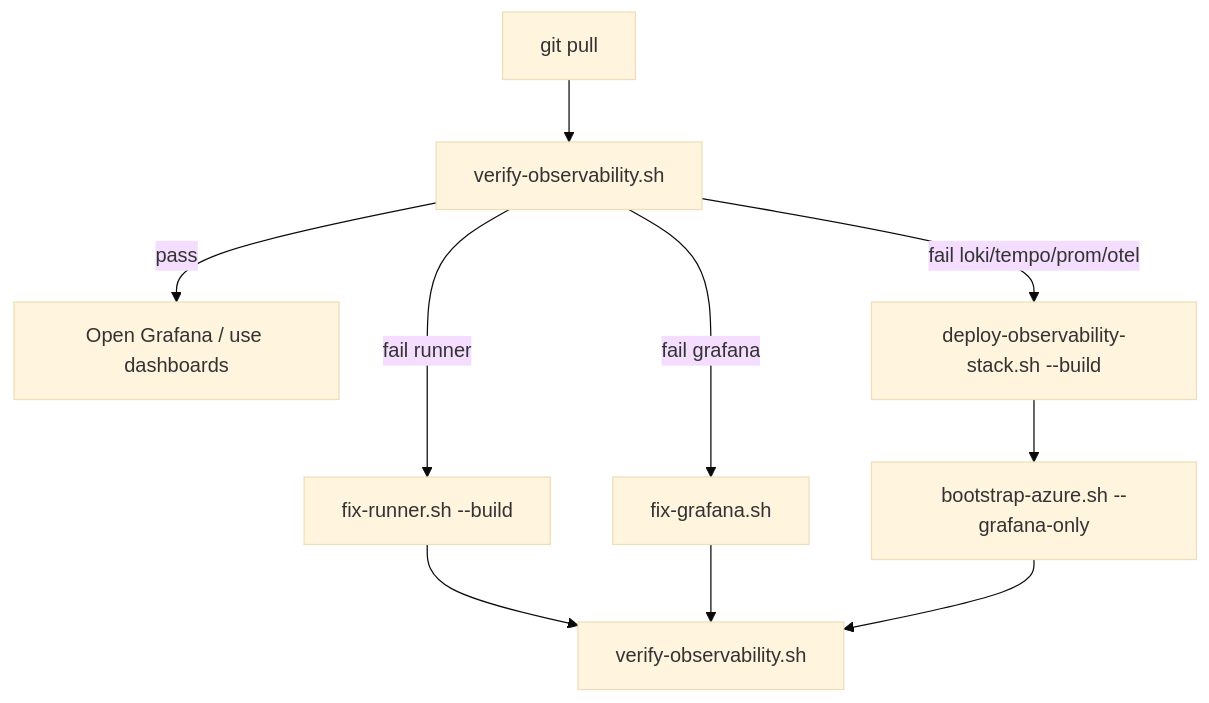
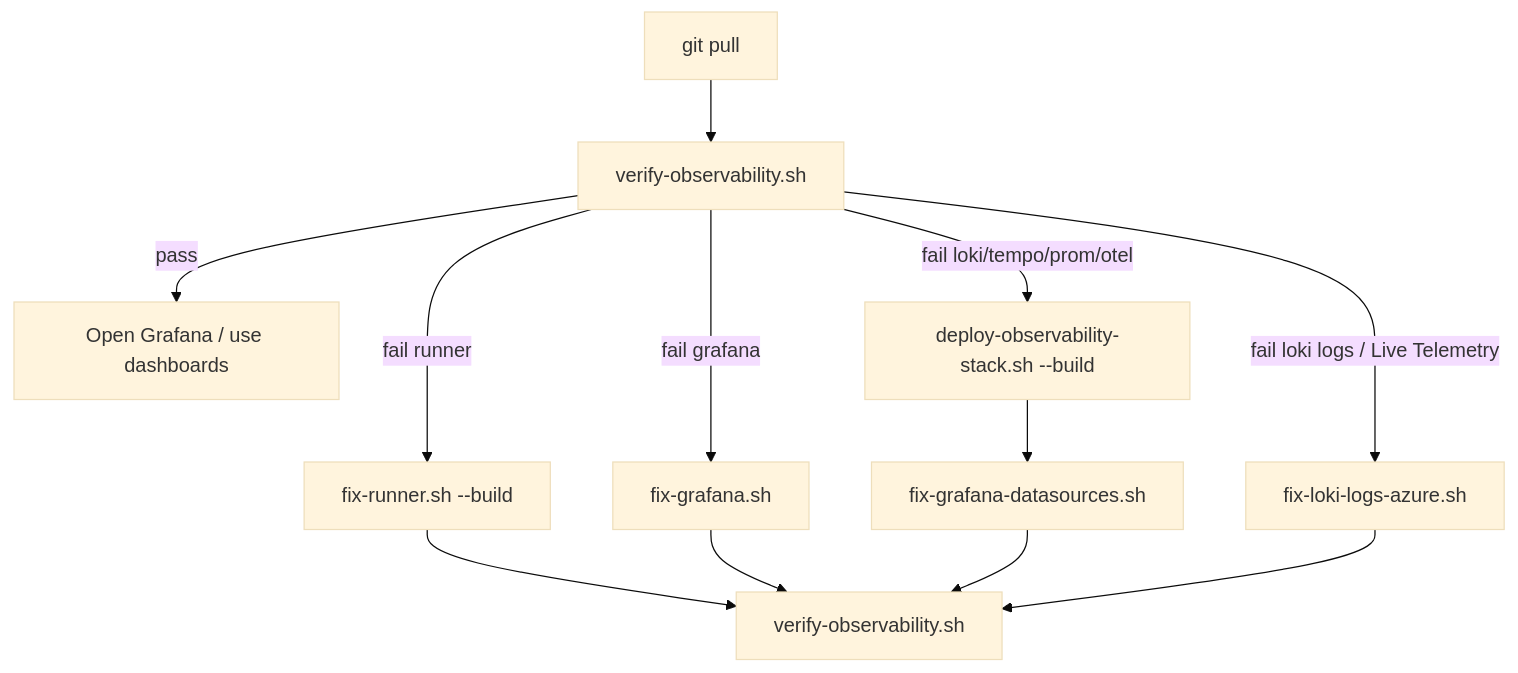
The diagram in docs/AZURE_CLOUDSHELL_ITERATIVE.md (ajaykhannaus/azure-telemetry-llm), drawn with Mermaid (base theme) before and after one commit. The commit also changed other lines of this file, not shown here.

First line of the commit message:
Document Loki log pipeline repair commands in Cloud Shell iterative guide.

````diff
--- a/docs/AZURE_CLOUDSHELL_ITERATIVE.md
+++ b/docs/AZURE_CLOUDSHELL_ITERATIVE.md
@@ -392,12 +510,14 @@
 ```mermaid
 flowchart TD
   A[git pull] --> B[verify-observability.sh]
   B -->|pass| C[Open Grafana / use dashboards]
   B -->|fail runner| D[fix-runner.sh --build]
   B -->|fail grafana| E[fix-grafana.sh]
   B -->|fail loki/tempo/prom/otel| F[deploy-observability-stack.sh --build]
+  B -->|fail loki logs / Live Telemetry| I[fix-loki-logs-azure.sh]
   D --> G[verify-observability.sh]
   E --> G
-  F --> H[bootstrap-azure.sh --grafana-only]
+  F --> H[fix-grafana-datasources.sh]
   H --> G
+  I --> G
 ```
````
